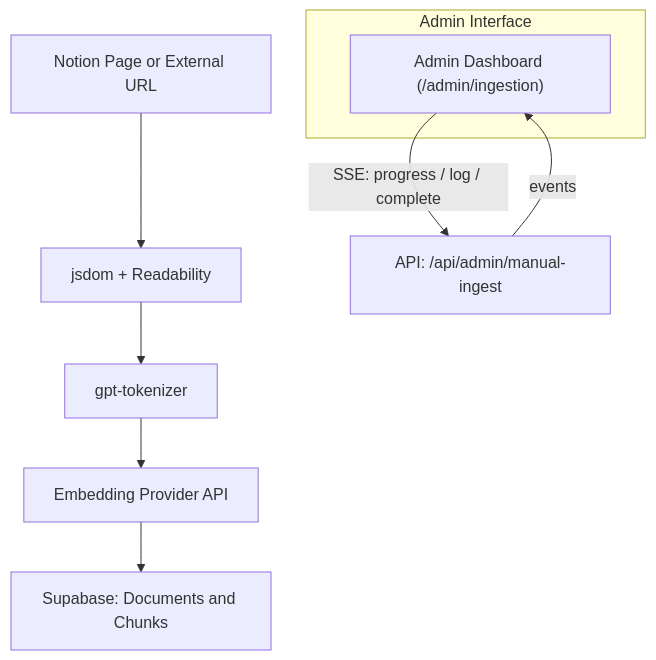
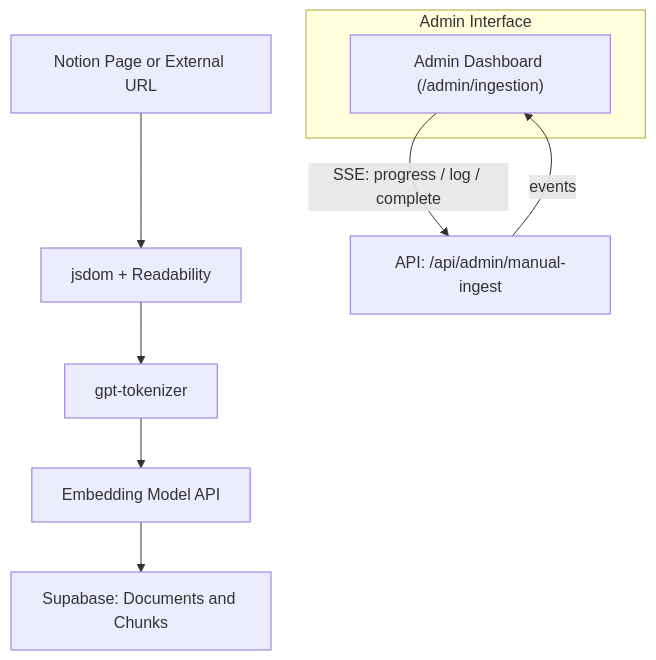
The second of 2 diagrams in readme.md (jack-h-park/nextjs-react-notion-x), drawn with Mermaid before and after one commit. The commit also changed other lines of this file and 23 other files, not shown here.

Commit message:
refactor: unitify provider & model into model

````diff
--- a/readme.md
+++ b/readme.md
@@ -129,14 +131,14 @@
 ```mermaid
   flowchart TD
   A["Notion Page or External URL"] --> B["jsdom + Readability"];
   B --> C["gpt-tokenizer"];
-  C --> D["Embedding Provider API"];
+  C --> D["Embedding Model API"];
   D --> E["Supabase: Documents and Chunks"];
 
   subgraph "Admin Interface"
     F["Admin Dashboard (/admin/ingestion)"];
   end
 
   F -- "SSE: progress / log / complete" --> G["API: /api/admin/manual-ingest"];
   G -- "events" --> F;
 ```
````
